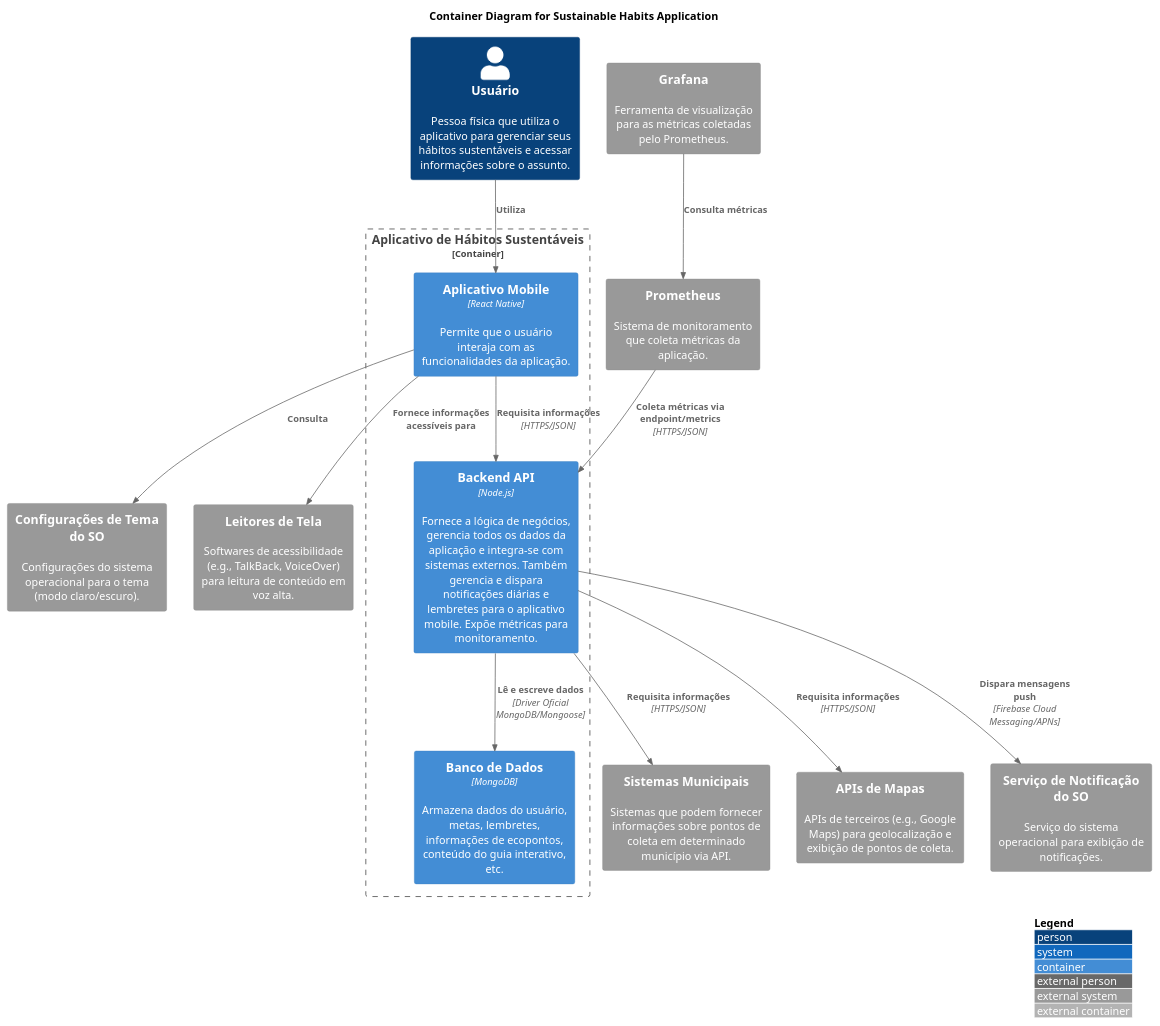
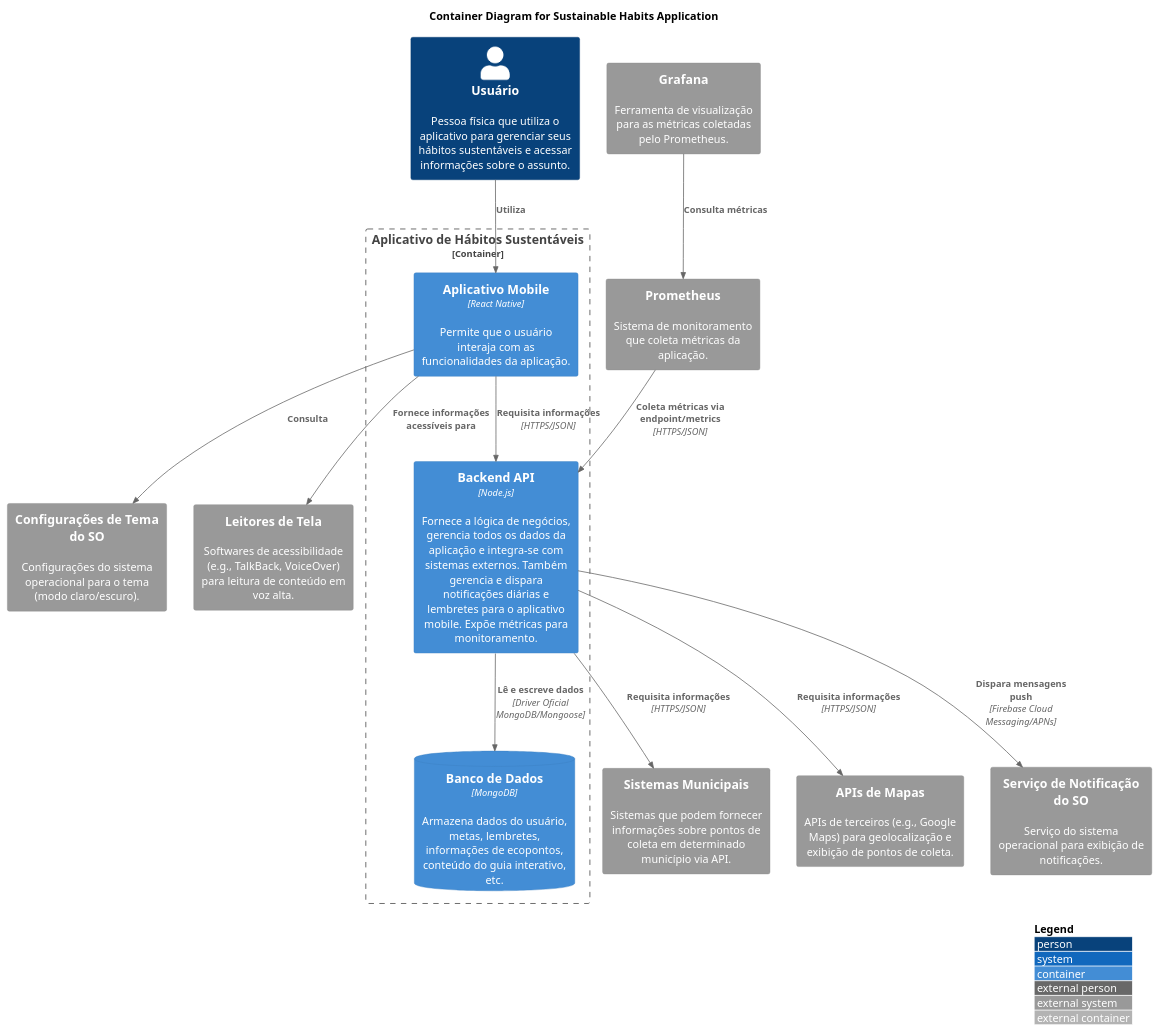
Before and after one commit to gilmarUFG/as_es_20251_g9: the diagram in trabalho_final/diagramas/codigo/4C_diagrama_container.puml, drawn with PlantUML. The commit also changed 11 other files, not shown here.

```diff
--- a/trabalho_final/diagramas/codigo/4C_diagrama_container.puml
+++ b/trabalho_final/diagramas/codigo/4C_diagrama_container.puml
@@ -1,38 +1,39 @@
-@startuml
+@startuml container
+
 !include https://raw.githubusercontent.com/plantuml-stdlib/C4-PlantUML/master/C4_Container.puml
 
 LAYOUT_WITH_LEGEND()
 
 title Container Diagram for Sustainable Habits Application
 
 Person(user, "Usuário", "Pessoa física que utiliza o aplicativo para gerenciar seus hábitos sustentáveis e acessar informações sobre o assunto.")
 
 System_Ext(municipal_systems, "Sistemas Municipais", "Sistemas que podem fornecer informações sobre pontos de coleta em determinado município via API.")
 System_Ext(map_apis, "APIs de Mapas", "APIs de terceiros (e.g., Google Maps) para geolocalização e exibição de pontos de coleta.")
 System_Ext(os_notification_service, "Serviço de Notificação do SO", "Serviço do sistema operacional para exibição de notificações.")
 System_Ext(os_theme_settings, "Configurações de Tema do SO", "Configurações do sistema operacional para o tema (modo claro/escuro).")
 System_Ext(screen_readers, "Leitores de Tela", "Softwares de acessibilidade (e.g., TalkBack, VoiceOver) para leitura de conteúdo em voz alta.")
 System_Ext(prometheus, "Prometheus", "Sistema de monitoramento que coleta métricas da aplicação.")
 System_Ext(grafana, "Grafana", "Ferramenta de visualização para as métricas coletadas pelo Prometheus.")
 
 
 Container_Boundary(c1, "Aplicativo de Hábitos Sustentáveis") {
     Container(mobile_app, "Aplicativo Mobile", "React Native", "Permite que o usuário interaja com as funcionalidades da aplicação.")
     Container(backend_api, "Backend API", "Node.js", "Fornece a lógica de negócios, gerencia todos os dados da aplicação e integra-se com sistemas externos. Também gerencia e dispara notificações diárias e lembretes para o aplicativo mobile. Expõe métricas para monitoramento.")
-    Container(database, "Banco de Dados", "MongoDB", "Armazena dados do usuário, metas, lembretes, informações de ecopontos, conteúdo do guia interativo, etc.")
+    ContainerDb(database, "Banco de Dados", "MongoDB", "Armazena dados do usuário, metas, lembretes, informações de ecopontos, conteúdo do guia interativo, etc.")
 }
 
 Rel(user, mobile_app, "Utiliza")
 Rel(mobile_app, backend_api, "Requisita informações", "HTTPS/JSON")
 Rel(backend_api, database, "Lê e escreve dados", "Driver Oficial MongoDB/Mongoose")
 Rel(backend_api, municipal_systems, "Requisita informações", "HTTPS/JSON")
 Rel(backend_api, map_apis, "Requisita informações", "HTTPS/JSON")
 Rel(backend_api, os_notification_service, "Dispara mensagens push", "Firebase Cloud Messaging/APNs")
 
 Rel(mobile_app, os_theme_settings, "Consulta")
 Rel(mobile_app, screen_readers, "Fornece informações acessíveis para")
 
 Rel(prometheus, backend_api, "Coleta métricas via endpoint/metrics", "HTTPS/JSON")
 Rel(grafana, prometheus, "Consulta métricas")
 
 @enduml
```
